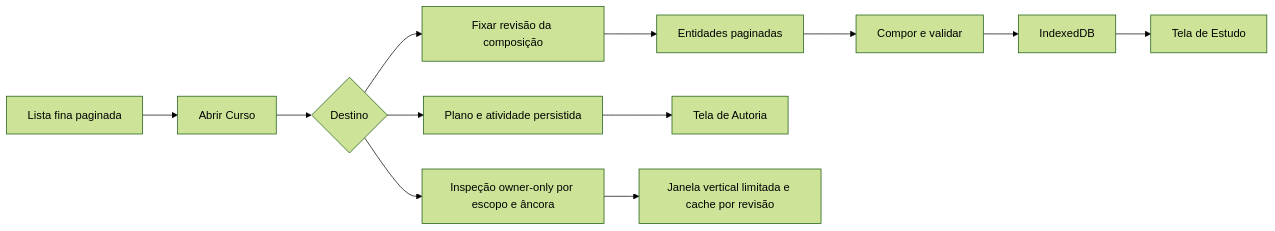
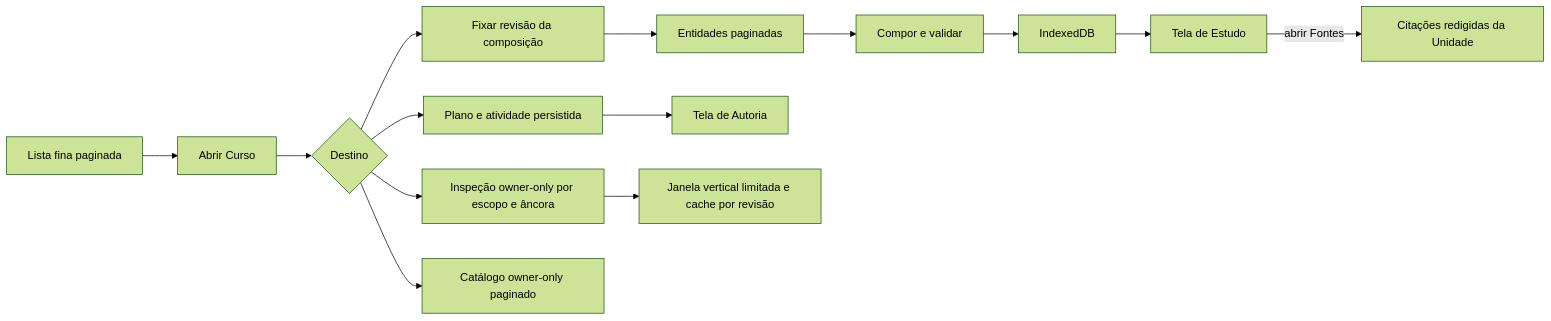
Before and after one commit to fabio-ara/AraLearn: the second of 2 diagrams in docs/estado-atual-e-roadmap.md, drawn with Mermaid (forest theme). The commit also changed other lines of this file and 94 other files, not shown here.

Commit message:
Implementar proveniência de fontes por Unidade

````diff
--- a/docs/estado-atual-e-roadmap.md
+++ b/docs/estado-atual-e-roadmap.md
@@ -74,14 +80,16 @@
 ```mermaid
 flowchart LR
     L[Lista fina paginada] --> O[Abrir Curso]
     O --> D{Destino}
     D --> A[Plano e atividade persistida]
     D --> R[Fixar revisão da composição]
     D --> IN[Inspeção owner-only por escopo e âncora]
+    D --> F[Catálogo owner-only paginado]
     R --> P[Entidades paginadas]
     P --> V[Compor e validar]
     V --> I[IndexedDB]
     A --> T[Tela de Autoria]
     IN --> W[Janela vertical limitada e cache por revisão]
     I --> U[Tela de Estudo]
+    U -->|abrir Fontes| C[Citações redigidas da Unidade]
 ```
````
